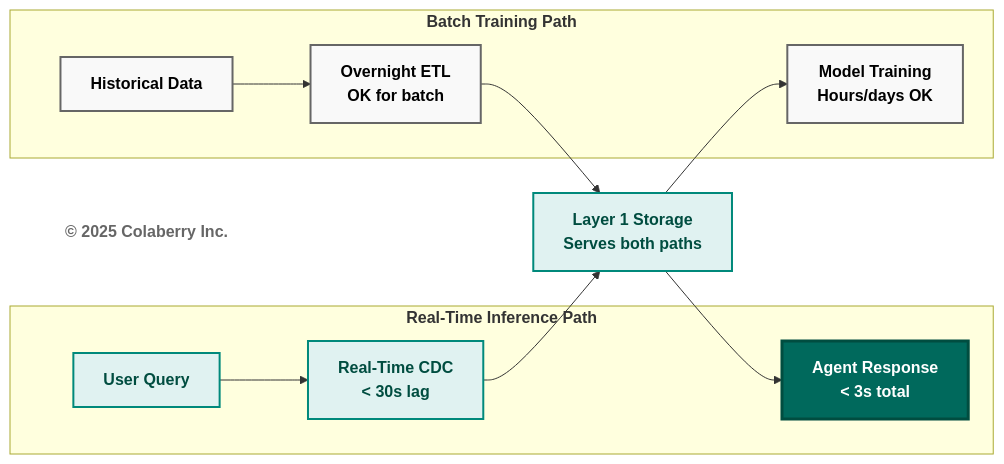
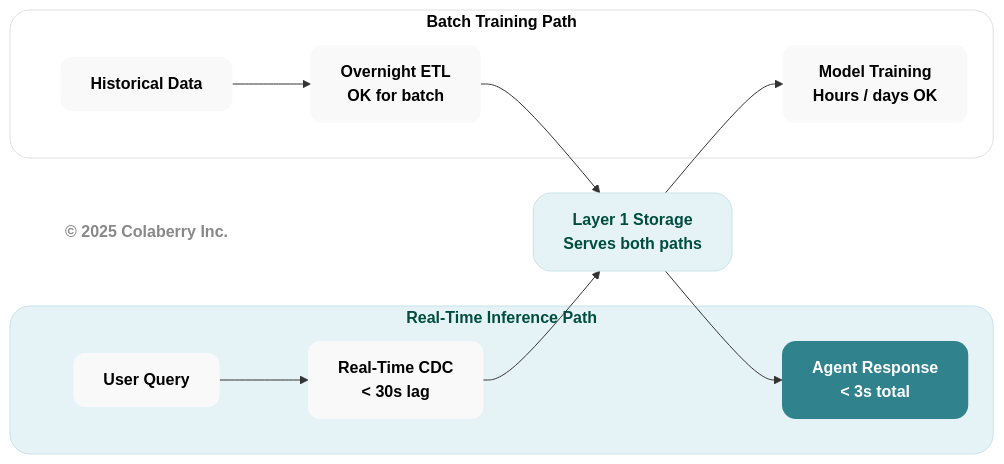
Before and after one commit to saitejesh-cyber/trust-before-intelligence-book: the eighth of 11 diagrams in manuscript/05_chapter_4_foundation_layers.md, drawn with Mermaid. The commit also changed other lines of this file and 4 other files, not shown here.

Commit message:
Chapter 1to5: Updated mermaid diagrams based on new colaberry color code

````diff
--- a/manuscript/05_chapter_4_foundation_layers.md
+++ b/manuscript/05_chapter_4_foundation_layers.md
@@ -841,30 +847,32 @@
 ```mermaid
 graph LR
-    subgraph "<b>Real-Time Inference Path</b>"
+    subgraph RT["<b>Real-Time Inference Path</b>"]
         I1["<b>User Query</b>"]
-        I2["<b>Real-Time CDC</b><br/><b>< 30s lag</b>"]
-        I3["<b>Agent Response</b><br/><b>< 3s total</b>"]
+        I2["<b>Real-Time CDC</b><br/><b>&lt; 30s lag</b>"]
+        I3["<b>Agent Response</b><br/><b>&lt; 3s total</b>"]
     end
     
-    subgraph "<b>Batch Training Path</b>"
+    subgraph BATCH["<b>Batch Training Path</b>"]
         T1["<b>Historical Data</b>"]
         T2["<b>Overnight ETL</b><br/><b>OK for batch</b>"]
-        T3["<b>Model Training</b><br/><b>Hours/days OK</b>"]
+        T3["<b>Model Training</b><br/><b>Hours / days OK</b>"]
     end
     
     STORAGE["<b>Layer 1 Storage</b><br/><b>Serves both paths</b>"]
     
     Copyright["<b>© 2025 Colaberry Inc.</b>"]
     
     I1 --> I2 --> STORAGE --> I3
     T1 --> T2 --> STORAGE --> T3
-    
-    style I1 fill:#e0f2f1,stroke:#00897b,stroke-width:2px,color:#004d40
-    style I2 fill:#e0f2f1,stroke:#00897b,stroke-width:2px,color:#004d40
-    style I3 fill:#00695c,color:#ffffff,stroke:#004d40,stroke-width:3px
-    style T1 fill:#f9f9f9,stroke:#666666,stroke-width:2px,color:#000000
-    style T2 fill:#f9f9f9,stroke:#666666,stroke-width:2px,color:#000000
-    style T3 fill:#f9f9f9,stroke:#666666,stroke-width:2px,color:#000000
-    style STORAGE fill:#e0f2f1,stroke:#00897b,stroke-width:2px,color:#004d40
-    style Copyright fill:#ffffff,stroke:none,color:#666666
+
+    style RT fill:#e6f3f6,stroke:#c7e3ea,stroke-width:1px,color:#004d40,rx:20,ry:20
+    style I1 fill:#f9f9f9,stroke:none,color:#000000,rx:12,ry:12
+    style I2 fill:#f9f9f9,stroke:none,color:#000000,rx:12,ry:12
+    style I3 fill:#30838C,stroke:none,color:#ffffff,rx:14,ry:14
+    style BATCH fill:#ffffff,stroke:#e0e0e0,stroke-width:1px,color:#000000,rx:20,ry:20
+    style T1 fill:#f9f9f9,stroke:none,color:#000000,rx:12,ry:12
+    style T2 fill:#f9f9f9,stroke:none,color:#000000,rx:12,ry:12
+    style T3 fill:#f9f9f9,stroke:none,color:#000000,rx:12,ry:12
+    style STORAGE fill:#e6f3f6,stroke:#c7e3ea,stroke-width:1px,color:#004d40,rx:18,ry:18
+    style Copyright fill:none,stroke:none,color:#888888
 ```
````
